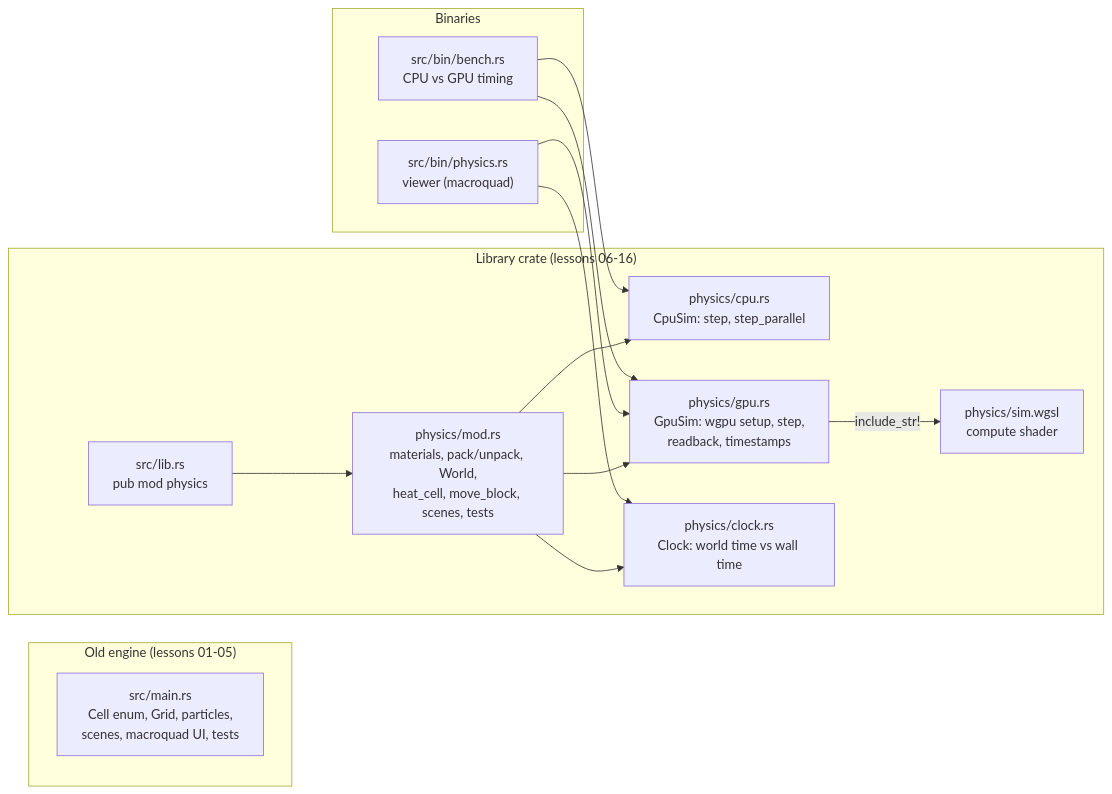
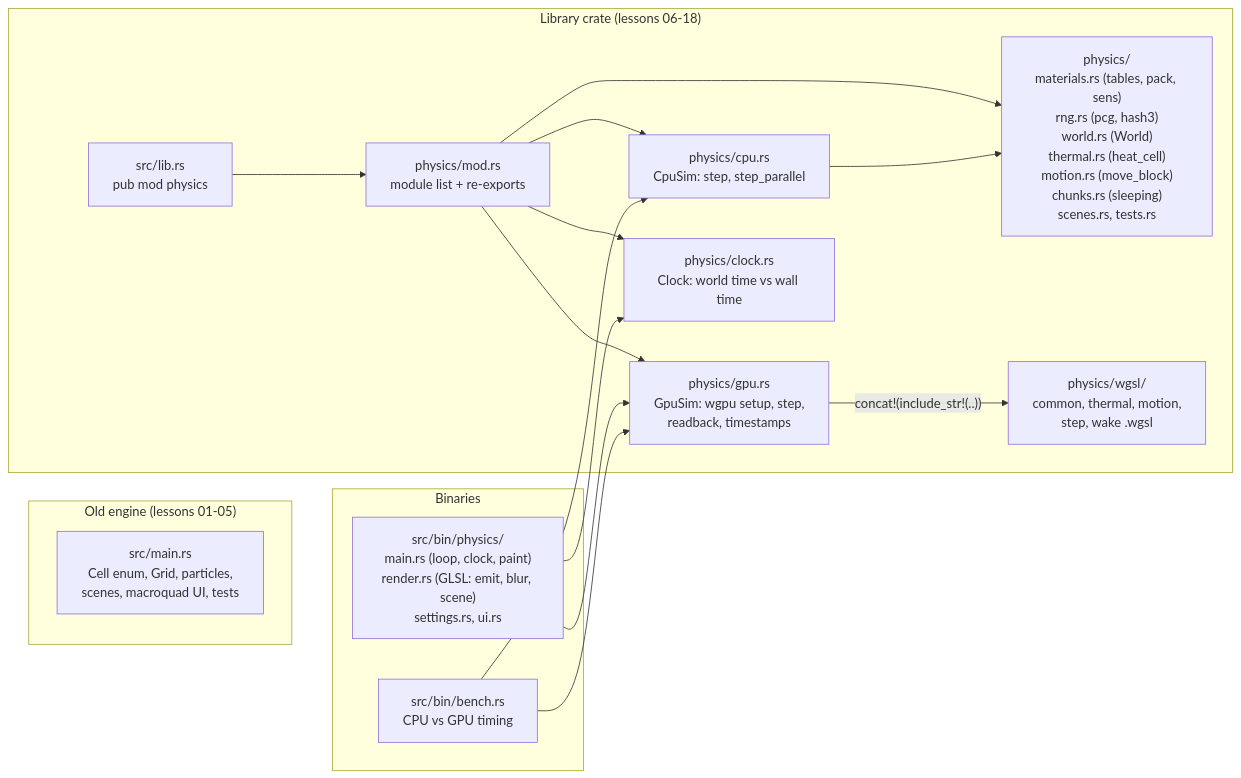
One commit to anujbarve/falling-sand-rust changed the second of 2 diagrams in docs/lessons/00-index.md. Above: the diagram before and after it, drawn with Mermaid. The commit also changed other lines of this file and 9 other files, not shown here.

Commit message:
docs(lessons): update lessons for the module split and latent heat; add lesson 18

````diff
--- a/docs/lessons/00-index.md
+++ b/docs/lessons/00-index.md
@@ -152,27 +162,30 @@
 ```mermaid
 graph LR
   subgraph old["Old engine (lessons 01-05)"]
     MAIN["src/main.rs<br/>Cell enum, Grid, particles,<br/>scenes, macroquad UI, tests"]
   end
-  subgraph lib["Library crate (lessons 06-16)"]
+  subgraph lib["Library crate (lessons 06-18)"]
     LIBRS["src/lib.rs<br/>pub mod physics"]
-    MOD["physics/mod.rs<br/>materials, pack/unpack, World,<br/>heat_cell, move_block, scenes, tests"]
+    MOD["physics/mod.rs<br/>module list + re-exports"]
+    RULES["physics/<br/>materials.rs (tables, pack, sens)<br/>rng.rs (pcg, hash3)<br/>world.rs (World)<br/>thermal.rs (heat_cell)<br/>motion.rs (move_block)<br/>chunks.rs (sleeping)<br/>scenes.rs, tests.rs"]
     CPU["physics/cpu.rs<br/>CpuSim: step, step_parallel"]
     GPU["physics/gpu.rs<br/>GpuSim: wgpu setup, step,<br/>readback, timestamps"]
-    WGSL["physics/sim.wgsl<br/>compute shader"]
+    WGSL["physics/wgsl/<br/>common, thermal, motion,<br/>step, wake .wgsl"]
     CLOCK["physics/clock.rs<br/>Clock: world time vs wall time"]
     LIBRS --> MOD
+    MOD --> RULES
     MOD --> CLOCK
     MOD --> CPU
     MOD --> GPU
-    GPU -- include_str! --> WGSL
+    CPU --> RULES
+    GPU -- "concat!(include_str!(..))" --> WGSL
   end
   subgraph bins["Binaries"]
-    VIEW["src/bin/physics.rs<br/>viewer (macroquad)"]
+    VIEW["src/bin/physics/<br/>main.rs (loop, clock, paint)<br/>render.rs (GLSL: emit, blur, scene)<br/>settings.rs, ui.rs"]
     BENCH["src/bin/bench.rs<br/>CPU vs GPU timing"]
   end
   VIEW --> GPU
   VIEW --> CLOCK
   BENCH --> CPU
   BENCH --> GPU
 ```
````
